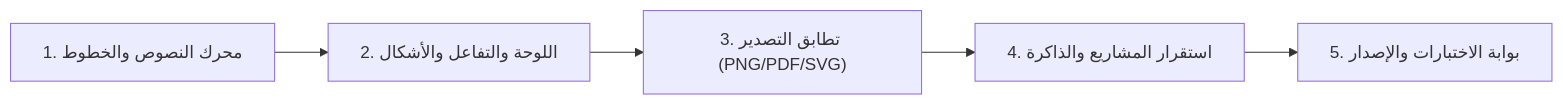
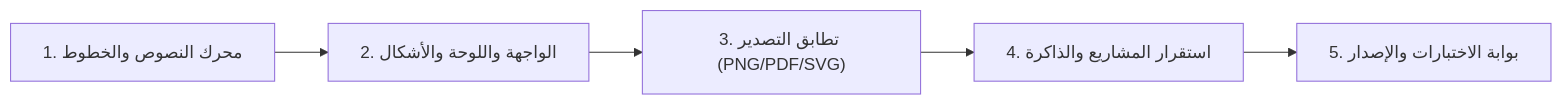
Before and after one commit to XRTM8/Athar-Studio: the diagram in OVERHAUL_PLAN.md, drawn with Mermaid. The commit also changed other lines of this file and 5 other files, not shown here.

````diff
--- a/OVERHAUL_PLAN.md
+++ b/OVERHAUL_PLAN.md
@@ -10,7 +10,7 @@
 ```mermaid
 flowchart LR
-    P1["1. محرك النصوص والخطوط"] --> P2["2. اللوحة والتفاعل والأشكال"]
+    P1["1. محرك النصوص والخطوط"] --> P2["2. الواجهة واللوحة والأشكال"]
     P2 --> P3["3. تطابق التصدير (PNG/PDF/SVG)"]
     P3 --> P4["4. استقرار المشاريع والذاكرة"]
     P4 --> P5["5. بوابة الاختبارات والإصدار"]
 ```
````
